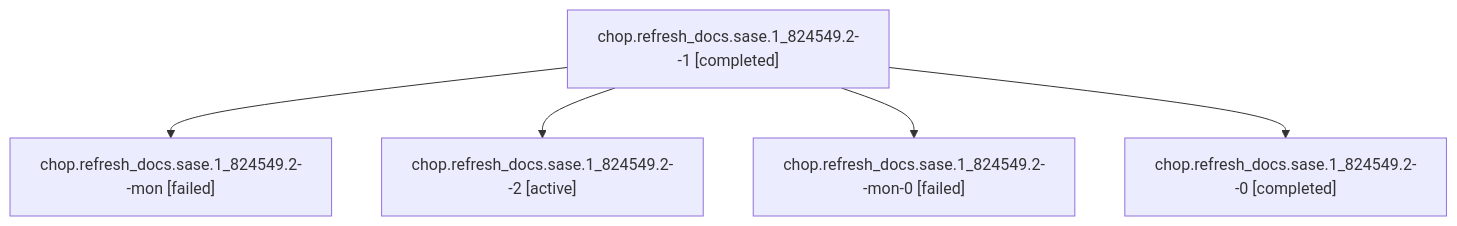
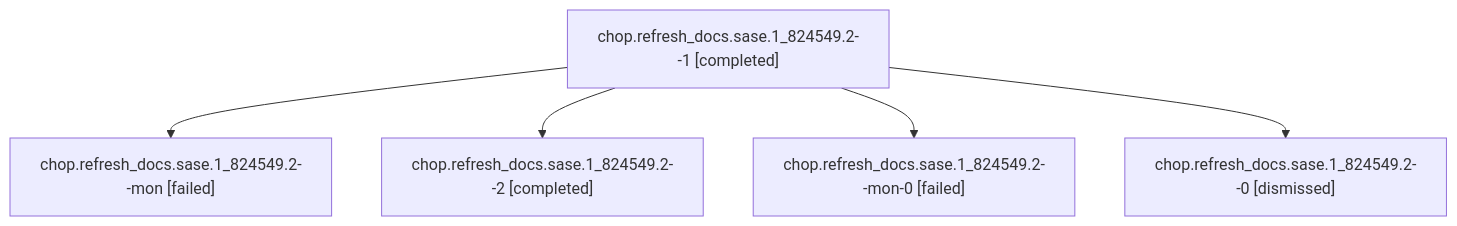
The diagram in families/bbugyi200.athena.chop.refresh_docs.sase.1_824549.2.md (sase-org/sase--agents), drawn with Mermaid before and after one commit. The commit also changed other lines of this file and 210 other files, not shown here.

````diff
--- a/families/bbugyi200.athena.chop.refresh_docs.sase.1_824549.2.md
+++ b/families/bbugyi200.athena.chop.refresh_docs.sase.1_824549.2.md
@@ -9,12 +9,12 @@
 ```mermaid
 flowchart TD
   n0["chop.refresh_docs.sase.1_824549.2--1 [completed]"]
   n1["chop.refresh_docs.sase.1_824549.2--mon [failed]"]
   n0 --> n1
-  n2["chop.refresh_docs.sase.1_824549.2--2 [active]"]
+  n2["chop.refresh_docs.sase.1_824549.2--2 [completed]"]
   n0 --> n2
   n3["chop.refresh_docs.sase.1_824549.2--mon-0 [failed]"]
   n0 --> n3
-  n4["chop.refresh_docs.sase.1_824549.2--0 [completed]"]
+  n4["chop.refresh_docs.sase.1_824549.2--0 [dismissed]"]
   n0 --> n4
 ```
````
